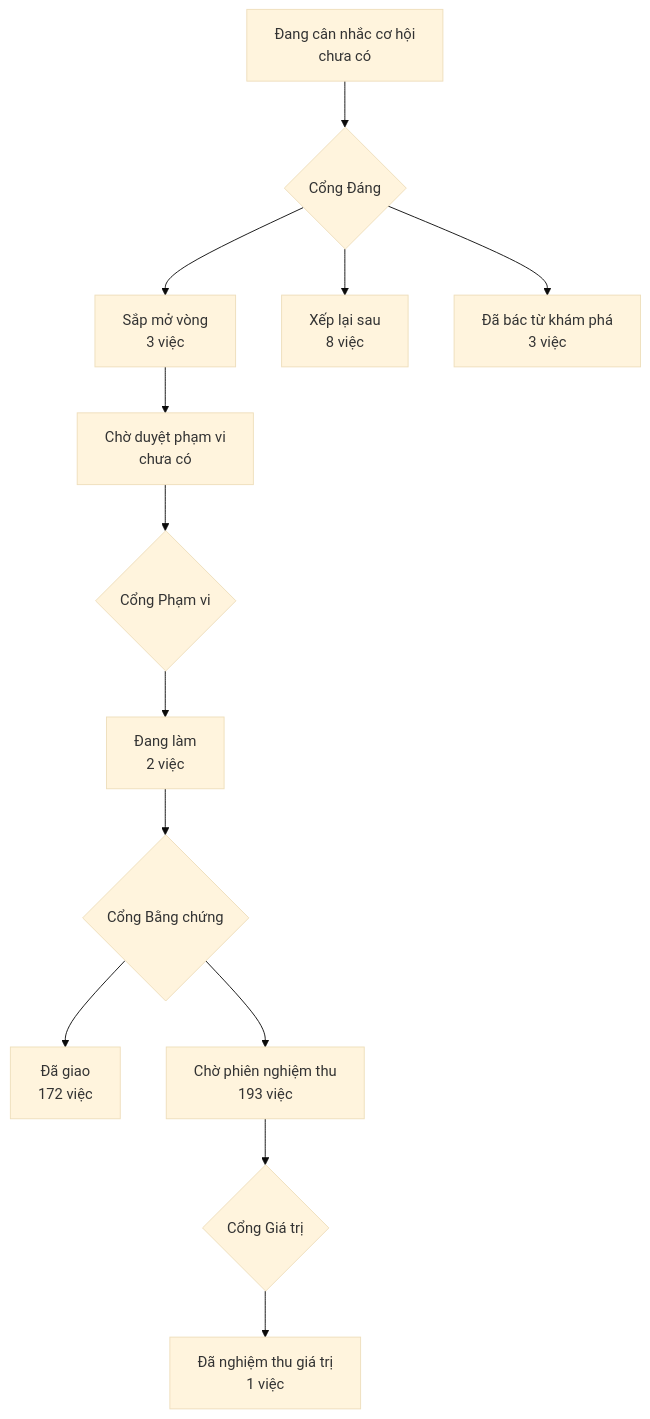
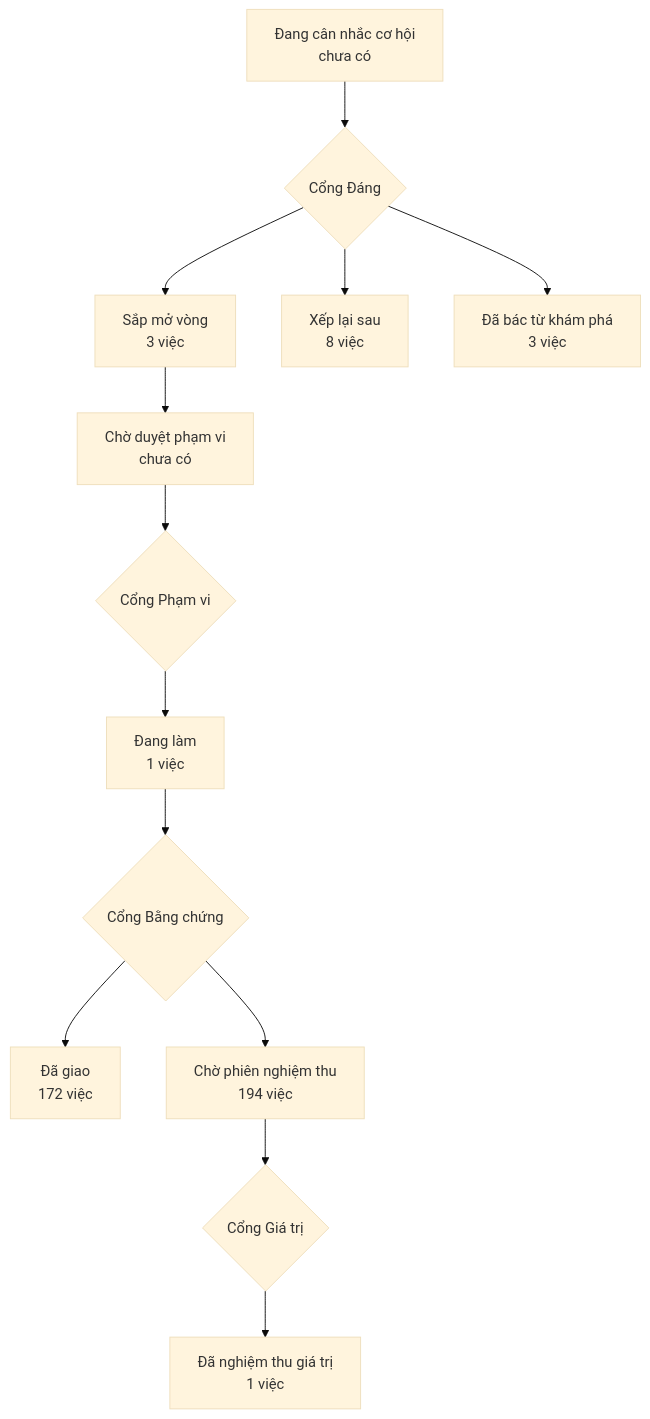
One commit to phanlemanh/crm-onehub changed the diagram in PRODUCT-MAP.md. Above: the diagram before and after it, drawn with Mermaid (base theme). The commit also changed 1 other file, not shown here.

Commit message:
chore(paths-chet-chin-ho-so): vẽ lại bản đồ sản phẩm

````diff
--- a/PRODUCT-MAP.md
+++ b/PRODUCT-MAP.md
@@ -7,12 +7,12 @@
 ```mermaid
 flowchart TD
   A["Đang cân nhắc cơ hội<br/>chưa có"] --> GD{"Cổng Đáng"}
   GD --> B["Sắp mở vòng<br/>3 việc"]
   GD --> XL["Xếp lại sau<br/>8 việc"]
   GD --> DB["Đã bác từ khám phá<br/>3 việc"]
   B --> CD["Chờ duyệt phạm vi<br/>chưa có"] --> GP{"Cổng Phạm vi"}
-  GP --> DL["Đang làm<br/>2 việc"] --> GB{"Cổng Bằng chứng"}
+  GP --> DL["Đang làm<br/>1 việc"] --> GB{"Cổng Bằng chứng"}
   GB --> DG["Đã giao<br/>172 việc"]
-  GB --> CN["Chờ phiên nghiệm thu<br/>193 việc"] --> GG{"Cổng Giá trị"}
+  GB --> CN["Chờ phiên nghiệm thu<br/>194 việc"] --> GG{"Cổng Giá trị"}
   GG --> NT["Đã nghiệm thu giá trị<br/>1 việc"]
 ```
````
